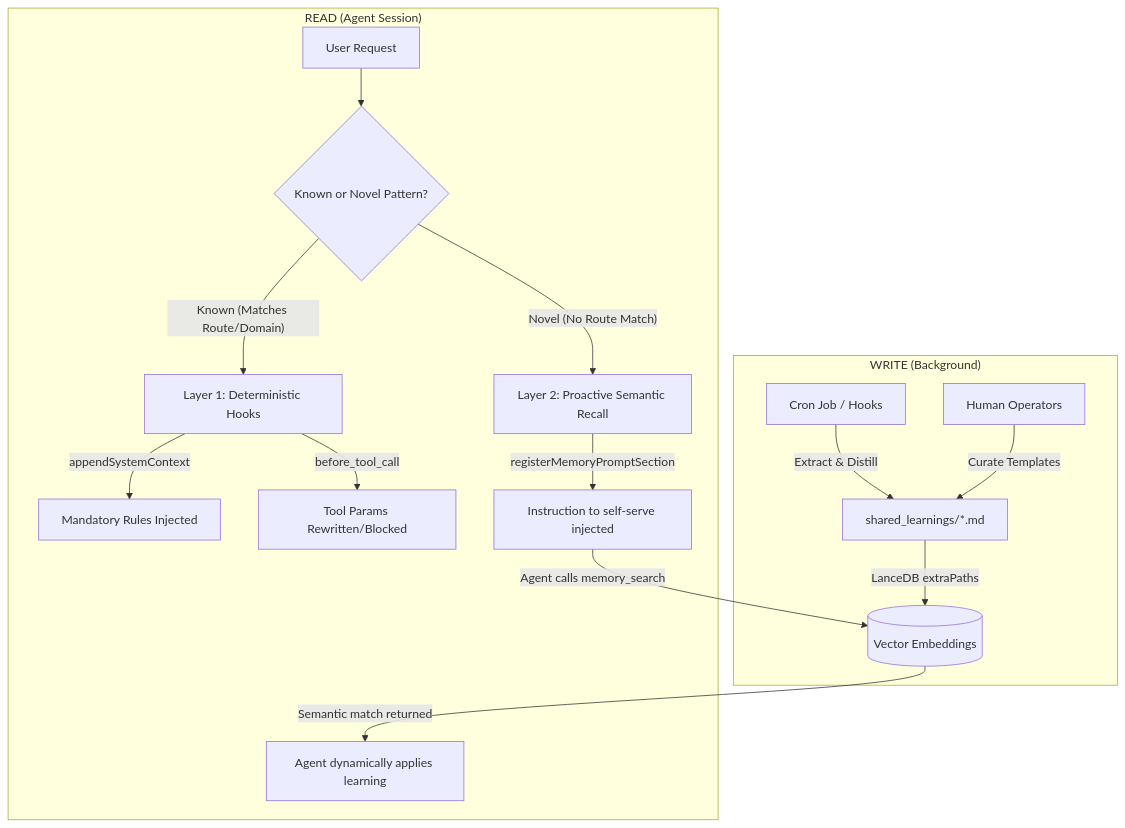
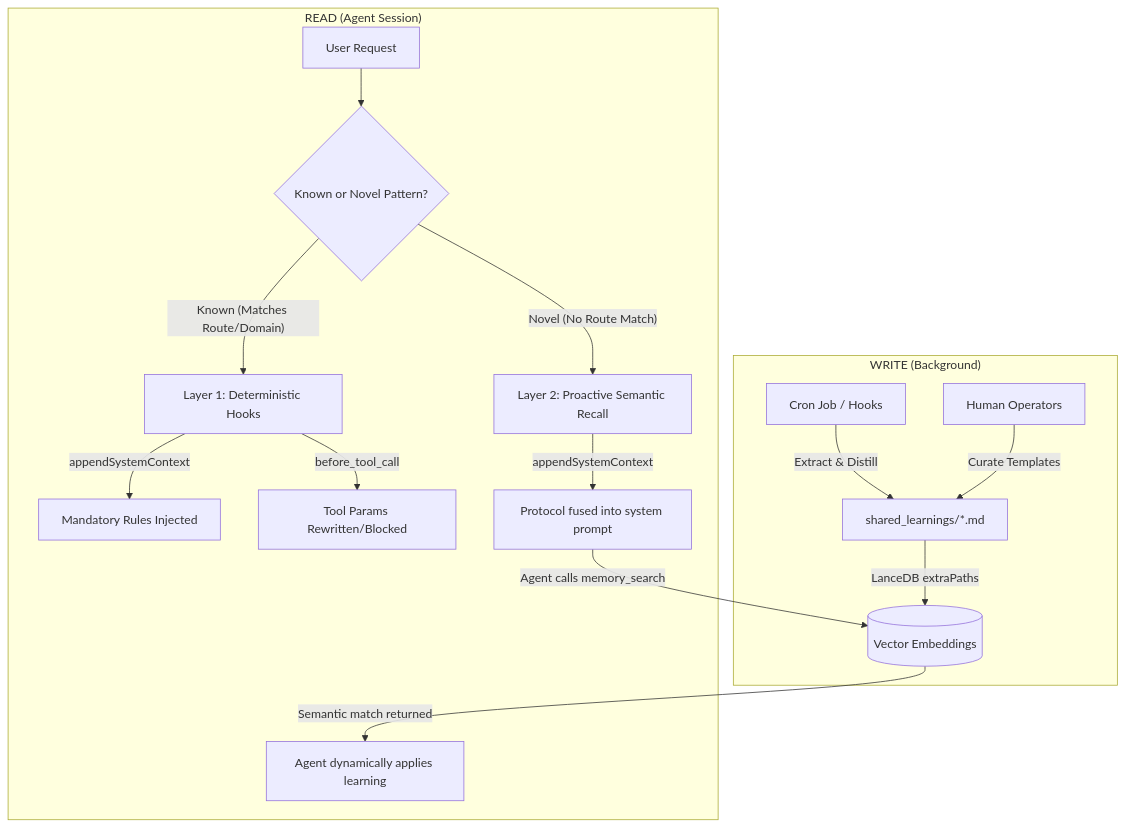
Before and after one commit to Amyssjj/Agent_Exploration: the diagram in LearningNotes/2026-03-23_knowledge_flywheel_v2.md, drawn with Mermaid. The commit also changed other lines of this file, not shown here.

````diff
--- a/LearningNotes/2026-03-23_knowledge_flywheel_v2.md
+++ b/LearningNotes/2026-03-23_knowledge_flywheel_v2.md
@@ -17,21 +40,21 @@
 ```mermaid
 graph TD
     subgraph "WRITE (Background)"
         A[Cron Job / Hooks] -->|"Extract & Distill"| B[shared_learnings/*.md]
         C[Human Operators] -->|"Curate Templates"| B
         B -->|"LanceDB extraPaths"| D[(Vector Embeddings)]
     end
 
     subgraph "READ (Agent Session)"
         E[User Request] --> F{Known or Novel Pattern?}
         
         F -->|"Known (Matches Route/Domain)"| G[Layer 1: Deterministic Hooks]
         G -->|"appendSystemContext"| H[Mandatory Rules Injected]
         G -->|"before_tool_call"| I[Tool Params Rewritten/Blocked]
         
         F -->|"Novel (No Route Match)"| J[Layer 2: Proactive Semantic Recall]
-        J -->|"registerMemoryPromptSection"| K[Instruction to self-serve injected]
+        J -->|"appendSystemContext"| K[Protocol fused into system prompt]
         K -->|"Agent calls memory_search"| D
         D -->|"Semantic match returned"| L[Agent dynamically applies learning]
     end
 ```
````
